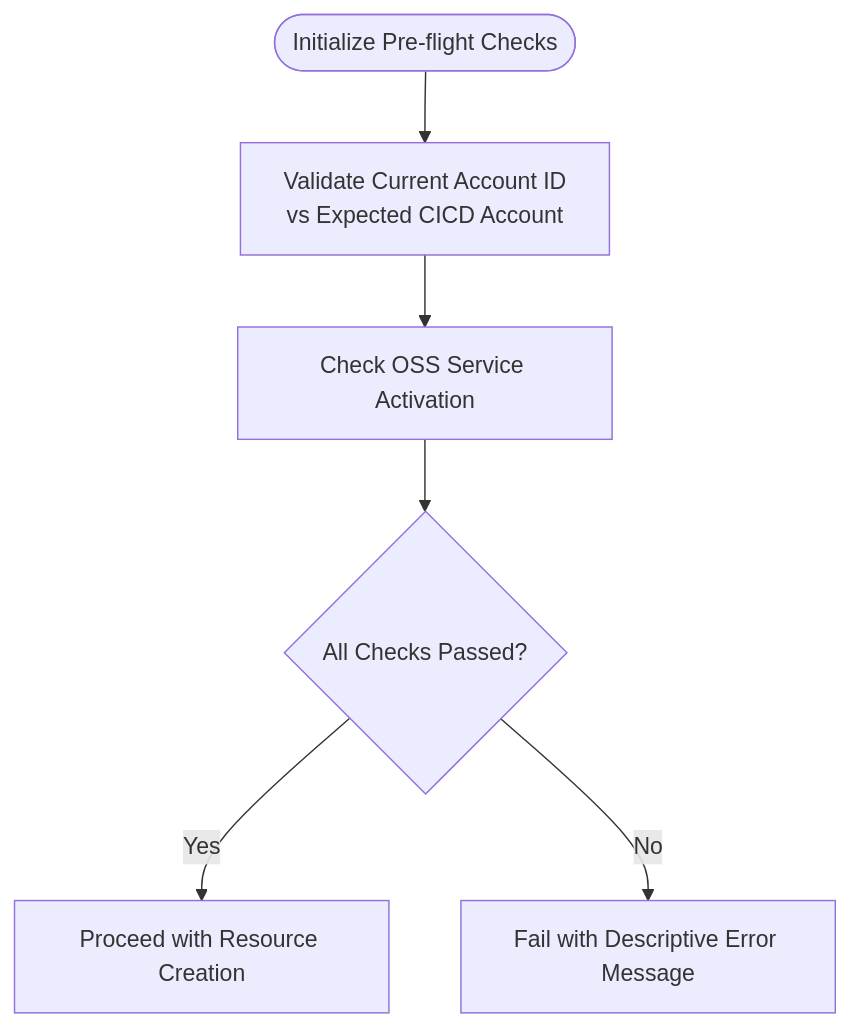
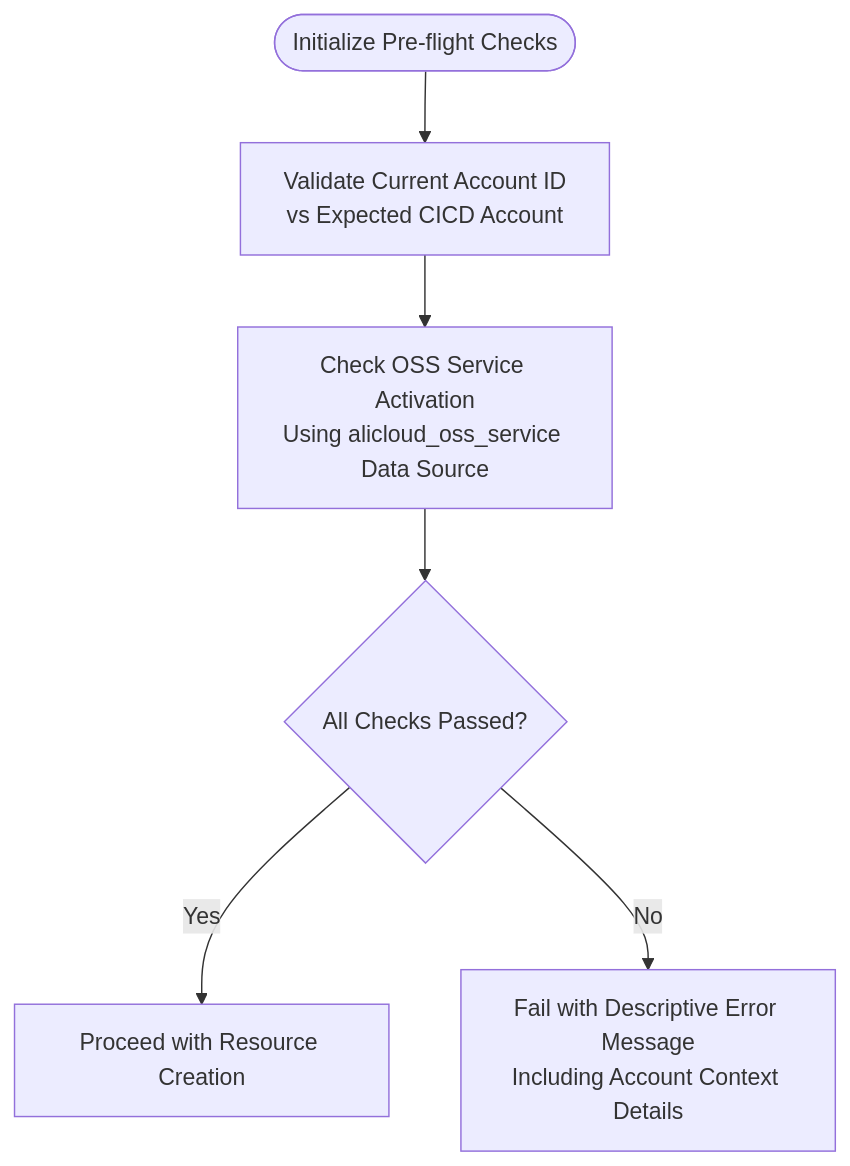
The third of 9 diagrams in .qoder/repowiki/en/content/Bootstrap Infrastructure/CI_CD Foundation.md (AlibabaCloudLandingZone/alibabacloud-landingzone-accelerator-github-demo), drawn with Mermaid before and after one commit. The commit also changed other lines of this file and 110 other files, not shown here.

````diff
--- a/.qoder/repowiki/en/content/Bootstrap Infrastructure/CI_CD Foundation.md
+++ b/.qoder/repowiki/en/content/Bootstrap Infrastructure/CI_CD Foundation.md
@@ -175,8 +177,8 @@
 ```mermaid
 flowchart TD
 Start(["Initialize Pre-flight Checks"]) --> AccountCheck["Validate Current Account ID<br/>vs Expected CICD Account"]
-AccountCheck --> OSSCheck["Check OSS Service Activation"]
+AccountCheck --> OSSCheck["Check OSS Service Activation<br/>Using alicloud_oss_service Data Source"]
 OSSCheck --> Success{"All Checks Passed?"}
 Success --> |Yes| Proceed["Proceed with Resource Creation"]
-Success --> |No| Fail["Fail with Descriptive Error Message"]
+Success --> |No| Fail["Fail with Descriptive Error Message<br/>Including Account Context Details"]
 ```
````
